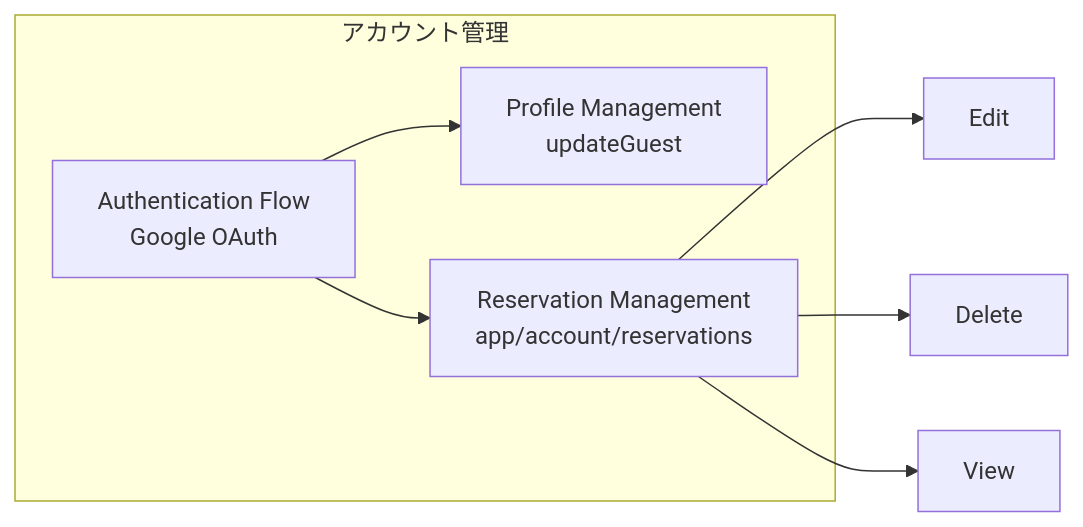
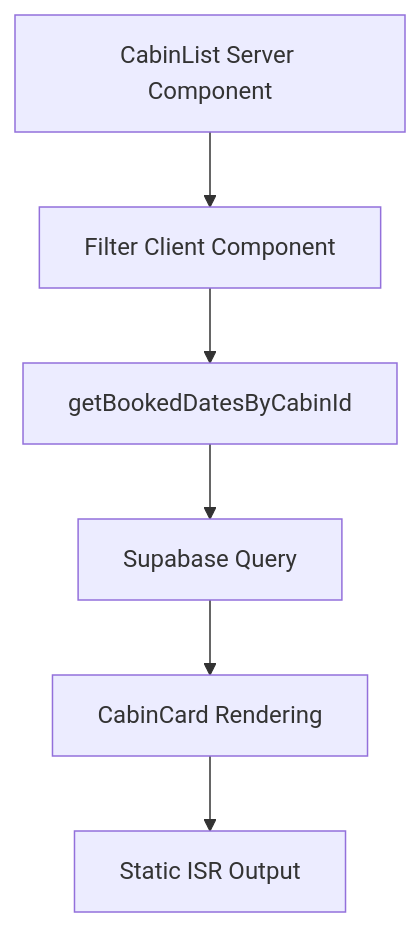
Before and after one commit to myoshi2891/MasterModernReact_NextJs: the third of 10 diagrams in README.md, drawn with Mermaid. The commit also changed other lines of this file, not shown here.

````diff
--- a/README.md
+++ b/README.md
@@ -213,14 +128,14 @@
 ```mermaid
-graph LR
-    subgraph "アカウント管理"
-        Profile[Profile Management<br/>updateGuest]
-        Reservations[Reservation Management<br/>app/account/reservations]
-        Auth[Authentication Flow<br/>Google OAuth]
-    end
-    
-    Auth --> Profile
-    Auth --> Reservations
-    Reservations --> Edit[Edit]
-    Reservations --> Delete[Delete]
-    Reservations --> View[View]
+flowchart TD
+A[CabinList Server Component]
+B[Filter Client Component]
+C[getBookedDatesByCabinId]
+D[Supabase Query]
+E[CabinCard Rendering]
+F[Static ISR Output]
+A --> B
+B --> C
+C --> D
+D --> E
+E --> F
 ```
````
